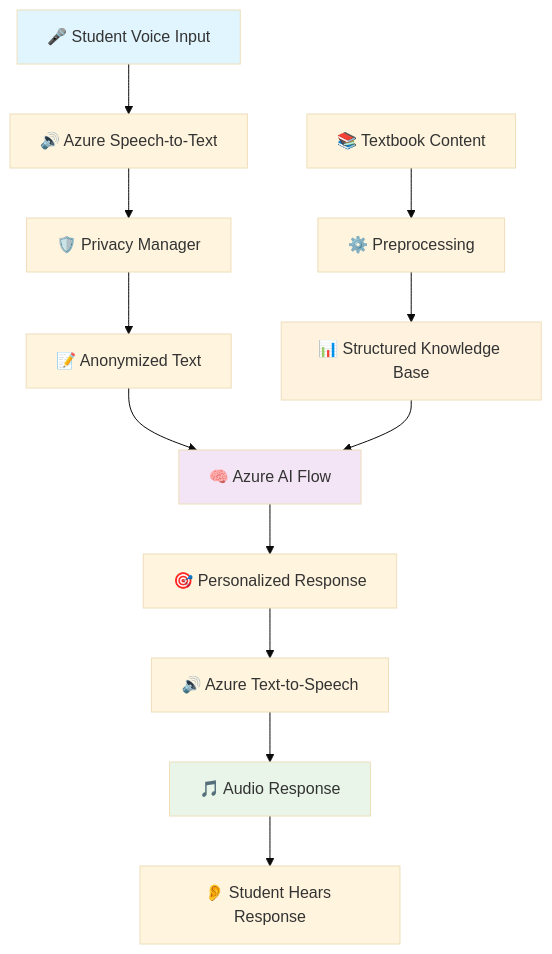
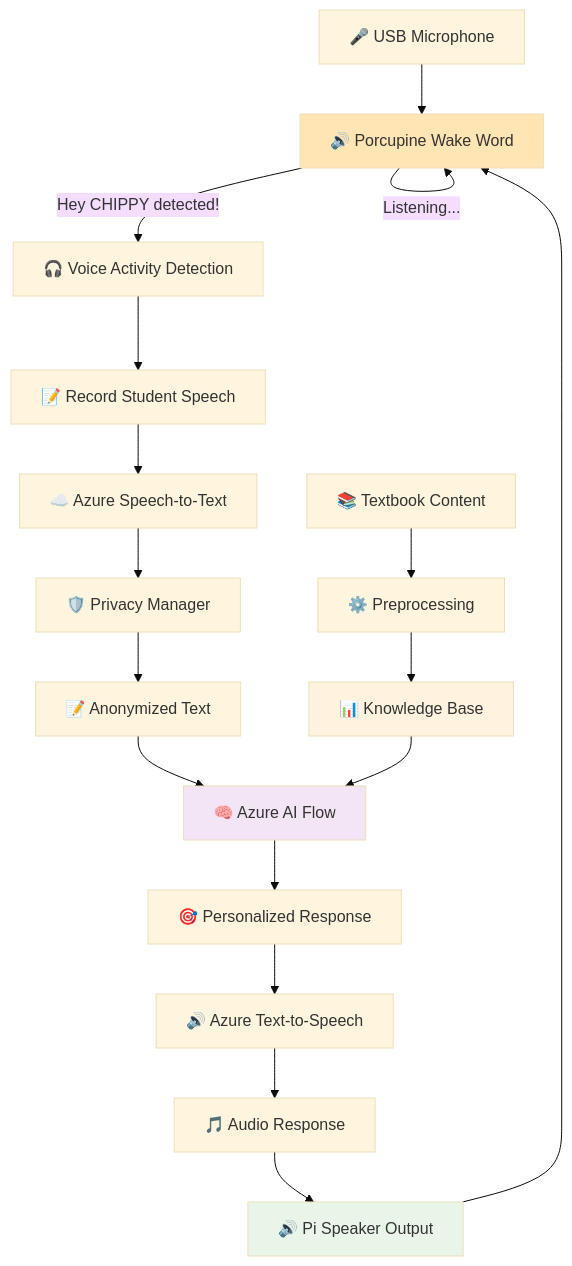
Before and after one commit to apex-tutoring-robot/Ai-Agent: the diagram in README.md, drawn with Mermaid (base theme). The commit also changed other lines of this file, not shown here.

Commit message:
Updated README.md file tro also include the ML Model and continous voice interaction

````diff
--- a/README.md
+++ b/README.md
@@ -57,20 +83,25 @@
 ```mermaid
 graph TD
-    A[🎤 Student Voice Input] --> B[🔊 Azure Speech-to-Text]
-    B --> C[🛡️ Privacy Manager]
-    C --> D[📝 Anonymized Text]
-    D --> E[🧠 Azure AI Flow]
-    E --> F[🎯 Personalized Response]
-    F --> G[🔊 Azure Text-to-Speech]
-    G --> H[🎵 Audio Response]
-    H --> I[👂 Student Hears Response]
+    A[🎤 USB Microphone] --> B[🔊 Porcupine Wake Word]
+    B -->|Listening...| B
+    B -->|Hey CHIPPY detected!| C[🎧 Voice Activity Detection]
+    C --> D[📝 Record Student Speech]
+    D --> E[☁️ Azure Speech-to-Text]
+    E --> F[🛡️ Privacy Manager]
+    F --> G[📝 Anonymized Text]
+    G --> H[🧠 Azure AI Flow]
+    H --> I[🎯 Personalized Response]
+    I --> J[🔊 Azure Text-to-Speech]
+    J --> K[🎵 Audio Response]
+    K --> L[🔊 Pi Speaker Output]
+    L --> B
     
-    J[📚 Textbook Content] --> K[⚙️ Preprocessing]
-    K --> L[📊 Structured Knowledge Base]
-    L --> E
+    M[📚 Textbook Content] --> N[⚙️ Preprocessing]
+    N --> O[📊 Knowledge Base]
+    O --> H
     
-    style A fill:#e1f5fe
-    style E fill:#f3e5f5
-    style H fill:#e8f5e8
-    style L fill:#fff3e0
+    style B fill:#FFE5B4
+    style H fill:#f3e5f5
+    style L fill:#e8f5e8
+    style O fill:#fff3e0
 ```
````
